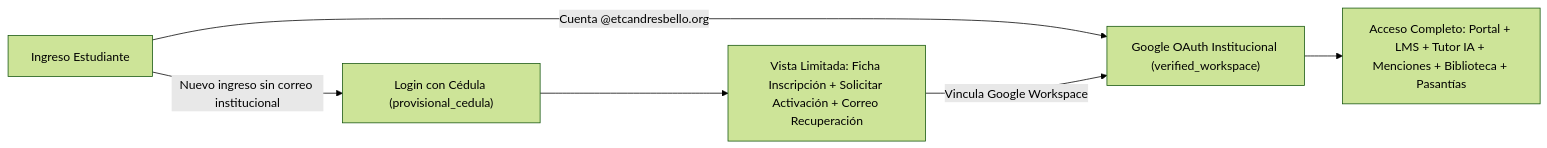
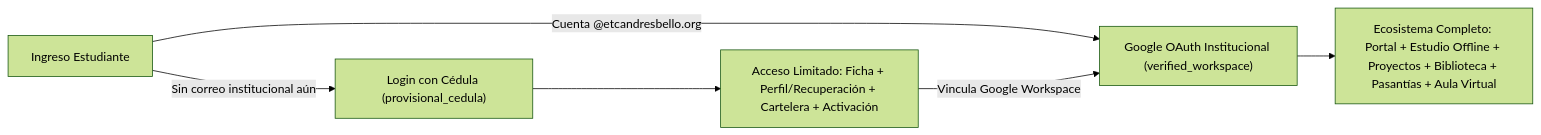
One commit to E-T-C-Andres-Bello/S.I.G.A changed the diagram in docs/modulos/01-ALUMNOS.md. Above: the diagram before and after it, drawn with Mermaid (forest theme). The commit also changed other lines of this file and 62 other files, not shown here.

````diff
--- a/docs/modulos/01-ALUMNOS.md
+++ b/docs/modulos/01-ALUMNOS.md
@@ -21,8 +41,8 @@
 ```mermaid
 flowchart LR
-    A["Ingreso Estudiante"] -->|Nuevo ingreso sin correo institucional| B["Login con Cédula (provisional_cedula)"]
+    A["Ingreso Estudiante"] -->|Sin correo institucional aún| B["Login con Cédula (provisional_cedula)"]
     A -->|Cuenta @etcandresbello.org| C["Google OAuth Institucional (verified_workspace)"]
-    B --> D["Vista Limitada: Ficha Inscripción + Solicitar Activación + Correo Recuperación"]
+    B --> D["Acceso Limitado: Ficha + Perfil/Recuperación + Cartelera + Activación"]
     D -->|Vincula Google Workspace| C
-    C --> E["Acceso Completo: Portal + LMS + Tutor IA + Menciones + Biblioteca + Pasantías"]
+    C --> E["Ecosistema Completo: Portal + Estudio Offline + Proyectos + Biblioteca + Pasantías + Aula Virtual"]
 ```
````
